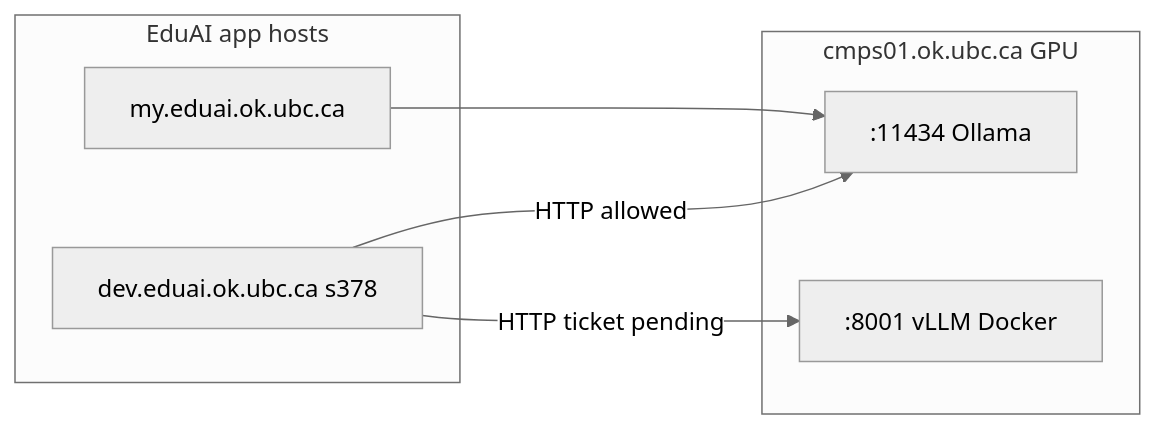
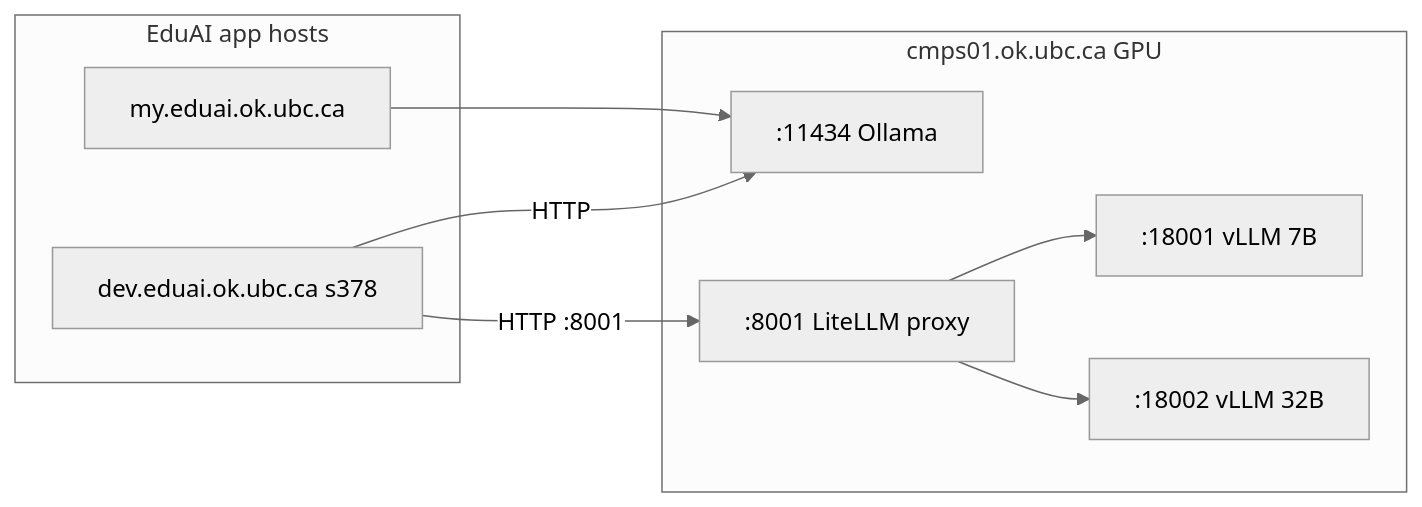
One commit to EduAI-Lab/EduAI changed the eighth of 8 diagrams in docs/ARCHITECTURE.md. Above: the diagram before and after it, drawn with Mermaid (neutral theme). The commit also changed other lines of this file and 4 other files, not shown here.

First line of the commit message:
Document LiteLLM host-network deploy and fix cmps01 compose.

````diff
--- a/docs/ARCHITECTURE.md
+++ b/docs/ARCHITECTURE.md
@@ -272,14 +272,18 @@
 ```mermaid
 flowchart LR
   subgraph Apps["EduAI app hosts"]
     Dev[dev.eduai.ok.ubc.ca s378]
     Prod[my.eduai.ok.ubc.ca]
   end
   subgraph CMPS01["cmps01.ok.ubc.ca GPU"]
     Oll[:11434 Ollama]
-    Vll[:8001 vLLM Docker]
+    Proxy[:8001 LiteLLM proxy]
+    B7[:18001 vLLM 7B]
+    B32[:18002 vLLM 32B]
+    Proxy --> B7
+    Proxy --> B32
   end
-  Dev -->|HTTP allowed| Oll
-  Dev -->|HTTP ticket pending| Vll
+  Dev -->|HTTP| Oll
+  Dev -->|HTTP :8001| Proxy
   Prod --> Oll
 ```
````
